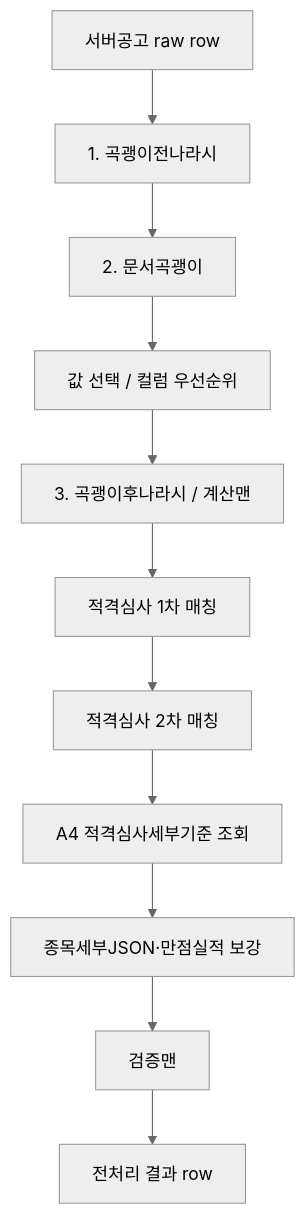
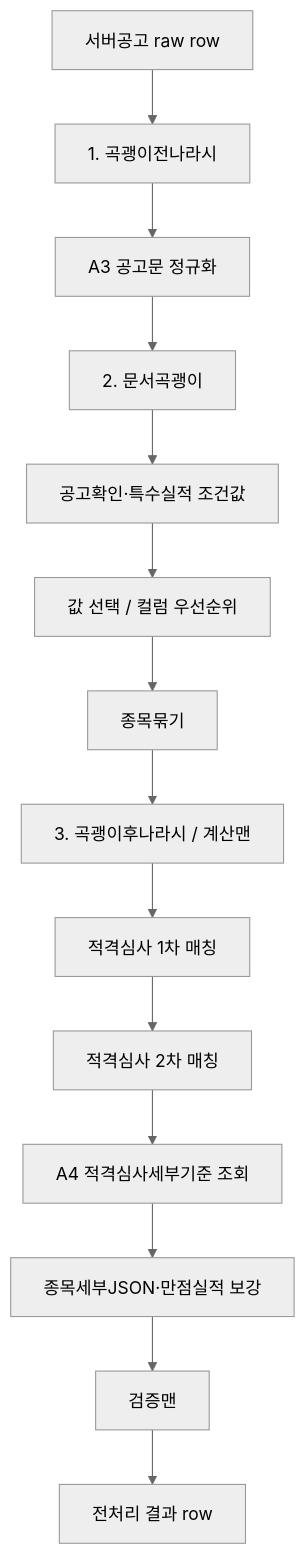
One commit to soonong/lastgonggo changed the diagram in docs/02_작업흐름.md. Above: the diagram before and after it, drawn with Mermaid (neutral theme). The commit also changed other lines of this file and 3 other files, not shown here.

````diff
--- a/docs/02_작업흐름.md
+++ b/docs/02_작업흐름.md
@@ -44,13 +45,16 @@
 ```mermaid
 flowchart TD
   A["서버공고 raw row"] --> B["1. 곡괭이전나라시"]
-  B --> C["2. 문서곡괭이"]
-  C --> D["값 선택 / 컬럼 우선순위"]
-  D --> E["3. 곡괭이후나라시 / 계산맨"]
-  E --> F["적격심사 1차 매칭"]
-  F --> G["적격심사 2차 매칭"]
-  G --> H["A4 적격심사세부기준 조회"]
-  H --> I["종목세부JSON·만점실적 보강"]
-  I --> J["검증맨"]
-  J --> K["전처리 결과 row"]
+  B --> C["A3 공고문 정규화"]
+  C --> D["2. 문서곡괭이"]
+  D --> E["공고확인·특수실적 조건값"]
+  E --> F["값 선택 / 컬럼 우선순위"]
+  F --> G["종목묶기"]
+  G --> H["3. 곡괭이후나라시 / 계산맨"]
+  H --> I["적격심사 1차 매칭"]
+  I --> J["적격심사 2차 매칭"]
+  J --> K["A4 적격심사세부기준 조회"]
+  K --> L["종목세부JSON·만점실적 보강"]
+  L --> M["검증맨"]
+  M --> N["전처리 결과 row"]
 ```
````
